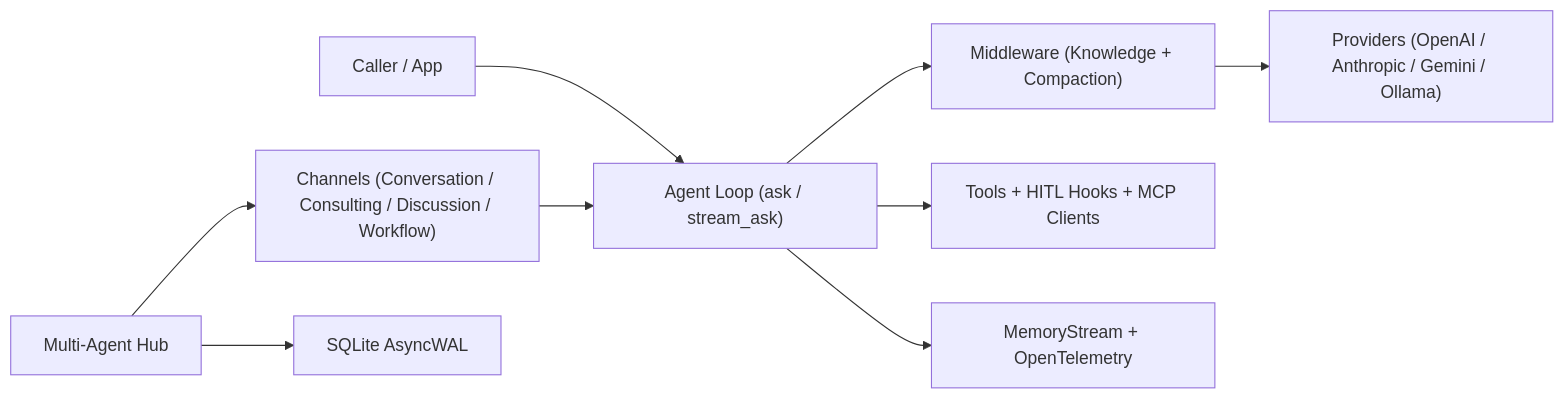
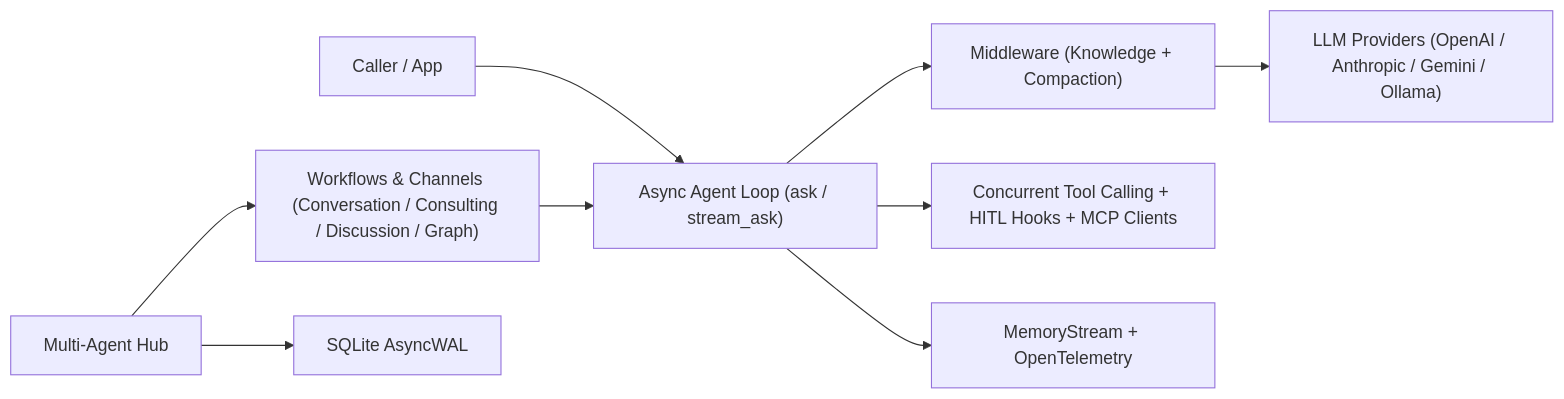
Before and after one commit to Sehaan-1/ProtoAgent: the diagram in README.md, drawn with Mermaid. The commit also changed other lines of this file, not shown here.

Commit message:
docs(readme): document async agent coordination, MCP, tool calling, and HITL

````diff
--- a/README.md
+++ b/README.md
@@ -16,11 +24,11 @@
 ```mermaid
 flowchart LR
-    User["Caller / App"] --> Agent["Agent Loop (ask / stream_ask)"]
+    Caller["Caller / App"] --> Agent["Async Agent Loop (ask / stream_ask)"]
     Agent --> MW["Middleware (Knowledge + Compaction)"]
-    MW --> Providers["Providers (OpenAI / Anthropic / Gemini / Ollama)"]
-    Agent --> Actions["Tools + HITL Hooks + MCP Clients"]
-    Hub["Multi-Agent Hub"] --> Channels["Channels (Conversation / Consulting / Discussion / Workflow)"]
+    MW --> Providers["LLM Providers (OpenAI / Anthropic / Gemini / Ollama)"]
+    Agent --> Actions["Concurrent Tool Calling + HITL Hooks + MCP Clients"]
+    Hub["Multi-Agent Hub"] --> Channels["Workflows & Channels (Conversation / Consulting / Discussion / Graph)"]
     Channels --> Agent
     Hub --> WAL["SQLite AsyncWAL"]
     Agent --> Obs["MemoryStream + OpenTelemetry"]
 ```
````
